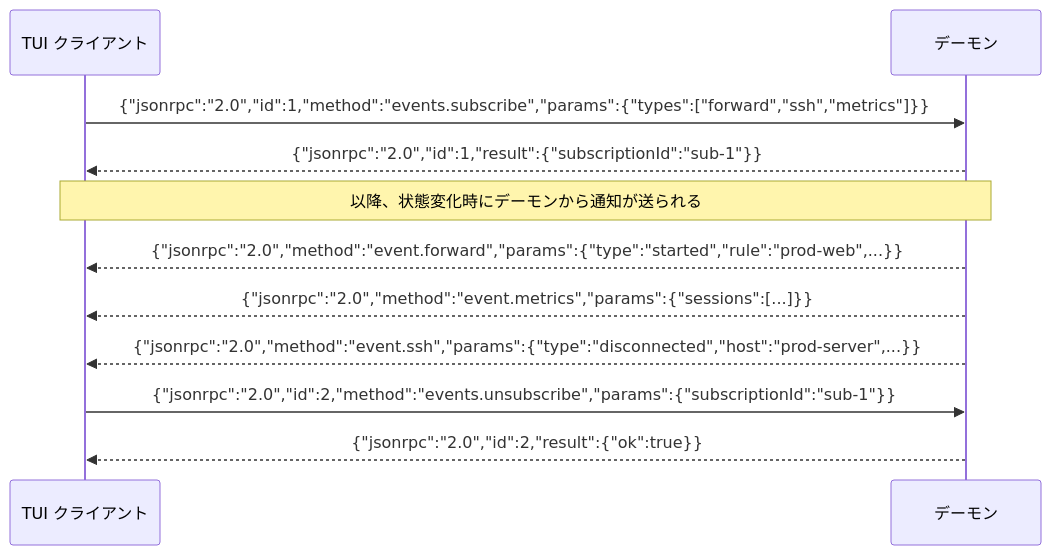
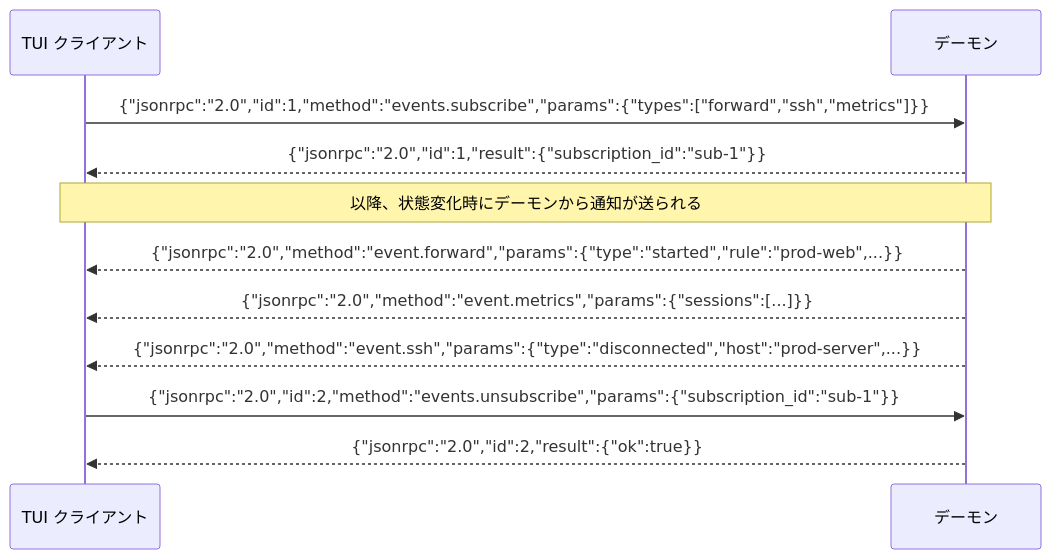
One commit to ousiassllc/MolePort changed the sixth of 11 diagrams in docs/architecture/overview.md. Above: the diagram before and after it, drawn with Mermaid. The commit also changed other lines of this file and 4 other files, not shown here.

````diff
--- a/docs/architecture/overview.md
+++ b/docs/architecture/overview.md
@@ -190,17 +190,17 @@
 ```mermaid
 sequenceDiagram
     participant TUI as TUI クライアント
     participant Daemon as デーモン
 
     TUI->>Daemon: {"jsonrpc":"2.0","id":1,"method":"events.subscribe","params":{"types":["forward","ssh","metrics"]}}
-    Daemon-->>TUI: {"jsonrpc":"2.0","id":1,"result":{"subscriptionId":"sub-1"}}
+    Daemon-->>TUI: {"jsonrpc":"2.0","id":1,"result":{"subscription_id":"sub-1"}}
 
     Note over Daemon,TUI: 以降、状態変化時にデーモンから通知が送られる
 
     Daemon-->>TUI: {"jsonrpc":"2.0","method":"event.forward","params":{"type":"started","rule":"prod-web",...}}
     Daemon-->>TUI: {"jsonrpc":"2.0","method":"event.metrics","params":{"sessions":[...]}}
     Daemon-->>TUI: {"jsonrpc":"2.0","method":"event.ssh","params":{"type":"disconnected","host":"prod-server",...}}
 
-    TUI->>Daemon: {"jsonrpc":"2.0","id":2,"method":"events.unsubscribe","params":{"subscriptionId":"sub-1"}}
+    TUI->>Daemon: {"jsonrpc":"2.0","id":2,"method":"events.unsubscribe","params":{"subscription_id":"sub-1"}}
     Daemon-->>TUI: {"jsonrpc":"2.0","id":2,"result":{"ok":true}}
 ```
````
